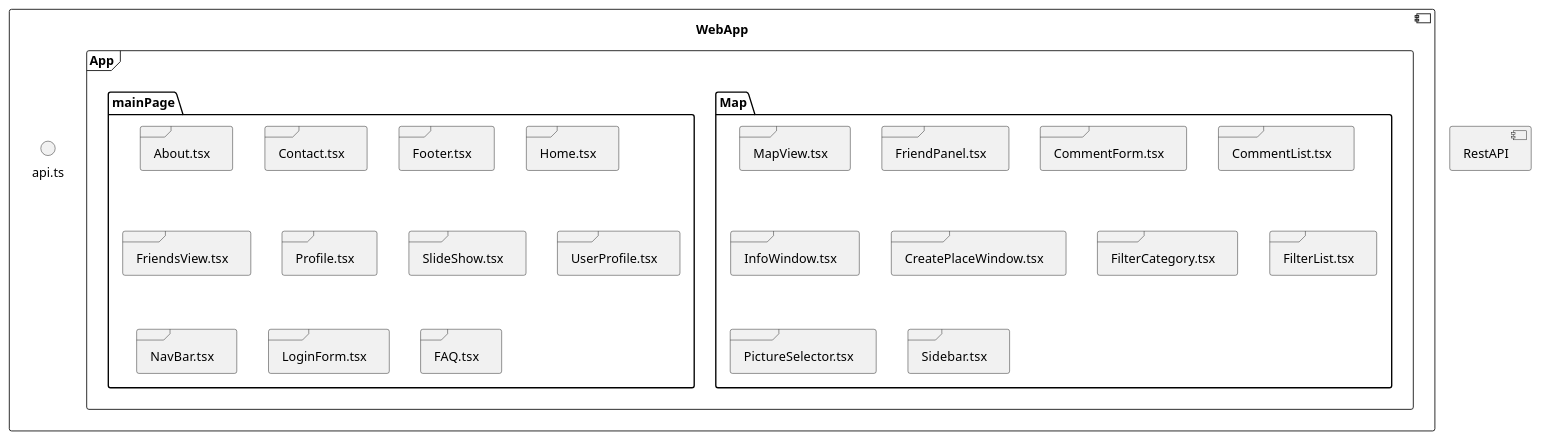
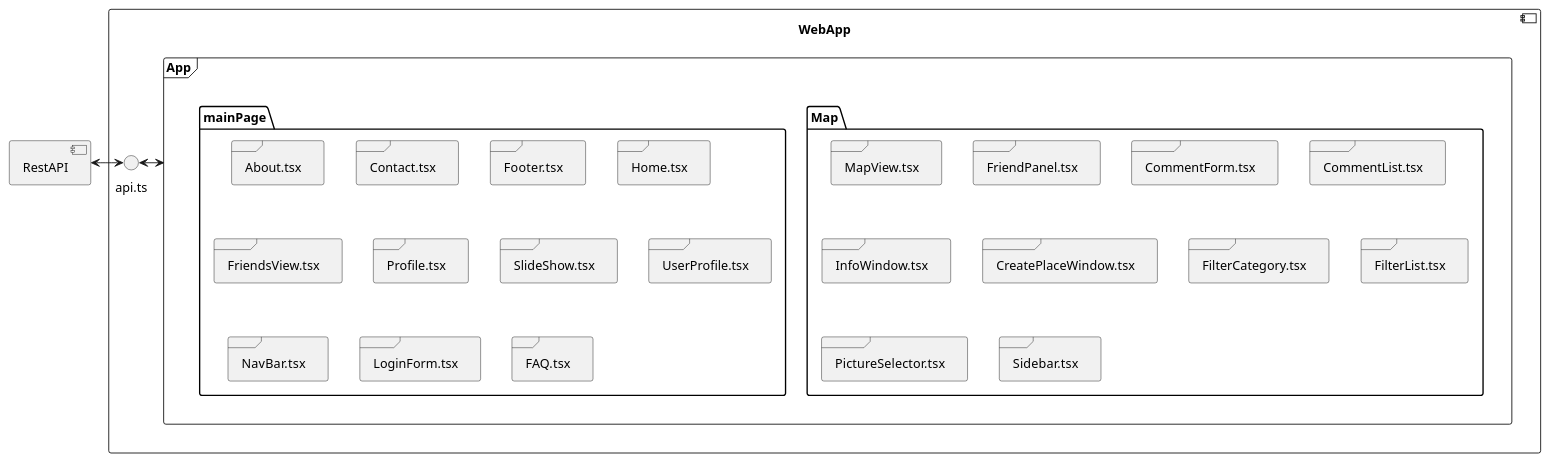
One commit to Arquisoft/lomap_en1a changed the second of 5 diagrams in docs/05_building_block_view.adoc. Above: the diagram before and after it, drawn with PlantUML.

Commit message:
HotFix for Section 5 of the Documentation.

```diff
--- a/docs/05_building_block_view.adoc
+++ b/docs/05_building_block_view.adoc
@@ -73,48 +73,49 @@
 [plantuml, "Building Block View - Level 2 WebApp", svg]
 ----
 @startuml
 ' Building Block View Diagram v1.0
 ' Level 2: Webapp
 skinparam actorStyle awesome
 '-----------------------
 'Definition of actors
 '-----------------------
 component WebApp as Frontend{
     interface Api as "api.ts"
 
     frame App {
 
         package MapView as "Map" {
             frame Mav as "MapView.tsx"
             frame FriendP as "FriendPanel.tsx"
             frame CommentForm as "CommentForm.tsx"
             frame CommentList as "CommentList.tsx"
             frame InfoWindow as "InfoWindow.tsx"
             frame CreatePlaceWindow as "CreatePlaceWindow.tsx"
             frame FilterCategory as "FilterCategory.tsx"
             frame FilterList as "FilterList.tsx"
             frame InfoWindow as "InfoWindow.tsx"
             frame PictureSelector as "PictureSelector.tsx"
             frame Sidebar as "Sidebar.tsx"
         }
 
         package Main as "mainPage"{
             frame About as "About.tsx"
             frame Contact as "Contact.tsx"
             frame Footer as "Footer.tsx"
             frame Home as "Home.tsx"
             frame FV as "FriendsView.tsx"
             frame Profile as "Profile.tsx"
             frame SS as "SlideShow.tsx"
             frame UserProfile as "UserProfile.tsx"
             frame NavBar as "NavBar.tsx"
             frame LoginForm as "LoginForm.tsx"
             frame FAQ as "FAQ.tsx"
         }
     }
 }
-
 component RestAPI
 
+RestAPI <-> Api
+Api <-> App
 @enduml
 ----
```
